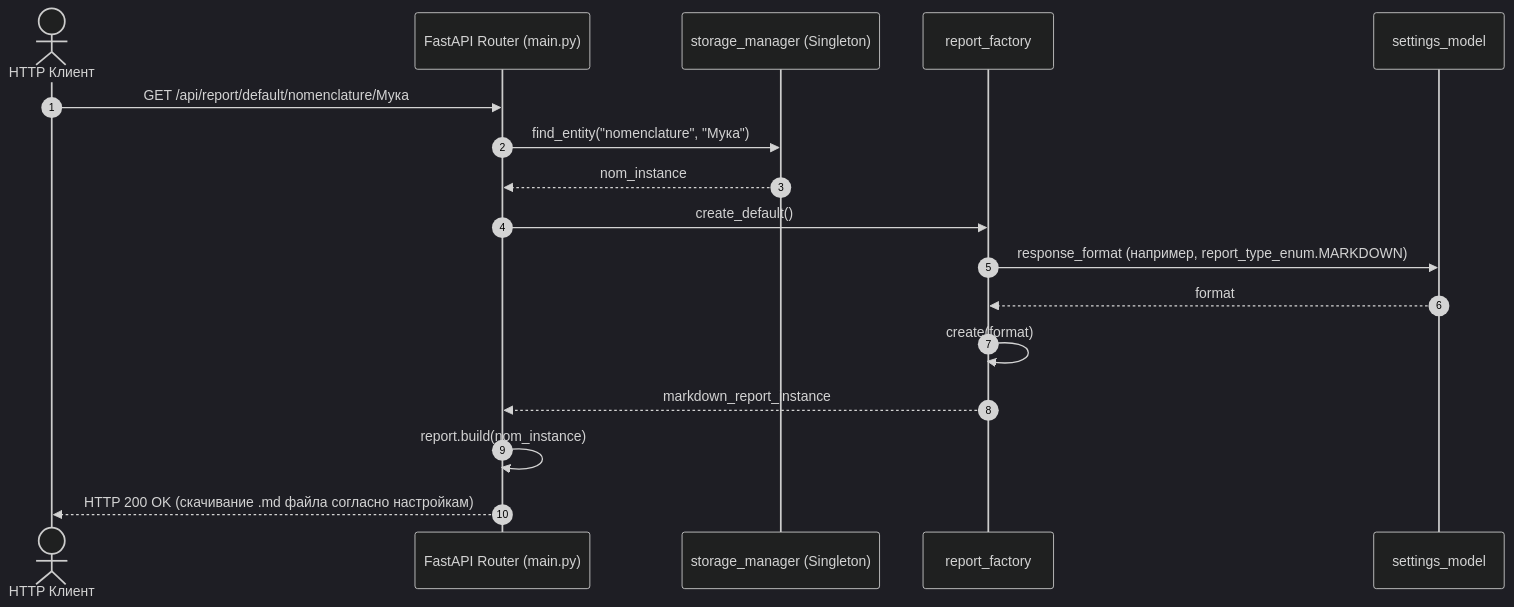
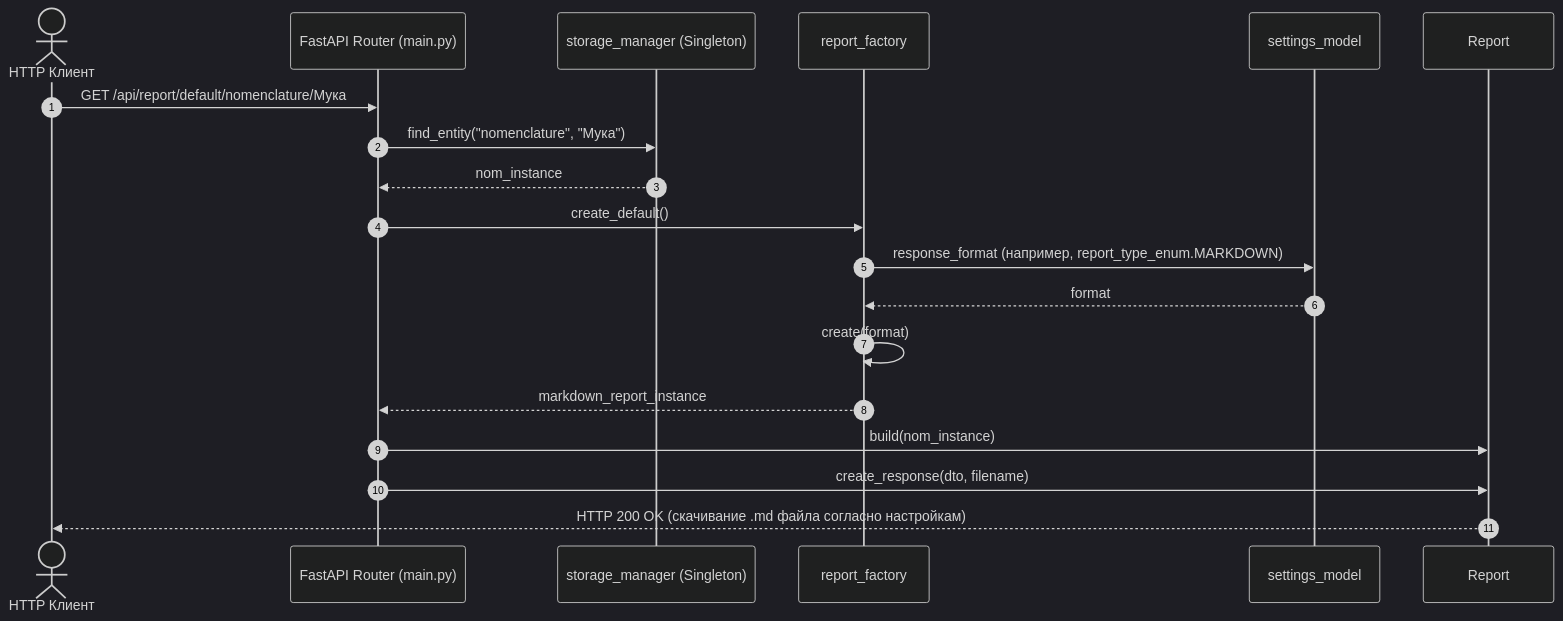
The fourth of 4 diagrams in _docs/UML_diagrams.md (Hikaru-Hrn/Patterns2026_YM), drawn with Mermaid (dark theme) before and after one commit. The commit also changed other lines of this file, not shown here.

Commit message:
update UML

````diff
--- a/_docs/UML_diagrams.md
+++ b/_docs/UML_diagrams.md
@@ -360,20 +419,21 @@
 ```mermaid
 sequenceDiagram
     autonumber
     actor Client as HTTP Клиент
     participant API as FastAPI Router (main.py)
     participant Storage as storage_manager (Singleton)
     participant Factory as report_factory
     participant Settings as settings_model
 
     Client->>API: GET /api/report/default/nomenclature/Мука
     API->>Storage: find_entity("nomenclature", "Мука")
     Storage-->>API: nom_instance
     API->>Factory: create_default()
     Factory->>Settings: response_format (например, report_type_enum.MARKDOWN)
     Settings-->>Factory: format
     Factory->>Factory: create(format)
     Factory-->>API: markdown_report_instance
-    API->>API: report.build(nom_instance)
-    API-->>Client: HTTP 200 OK (скачивание .md файла согласно настройкам)
+    API->>Report: build(nom_instance)
+    API->>Report: create_response(dto, filename)
+    Report-->>Client: HTTP 200 OK (скачивание .md файла согласно настройкам)
 ```
````
